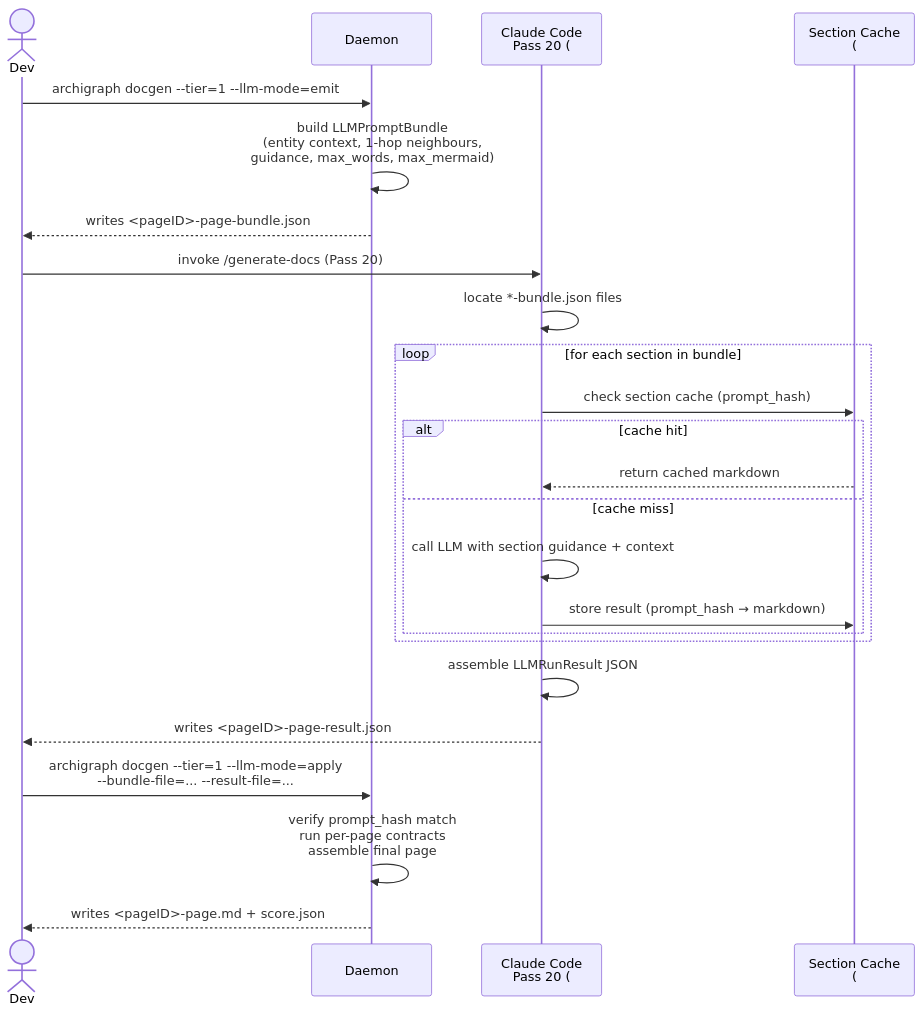
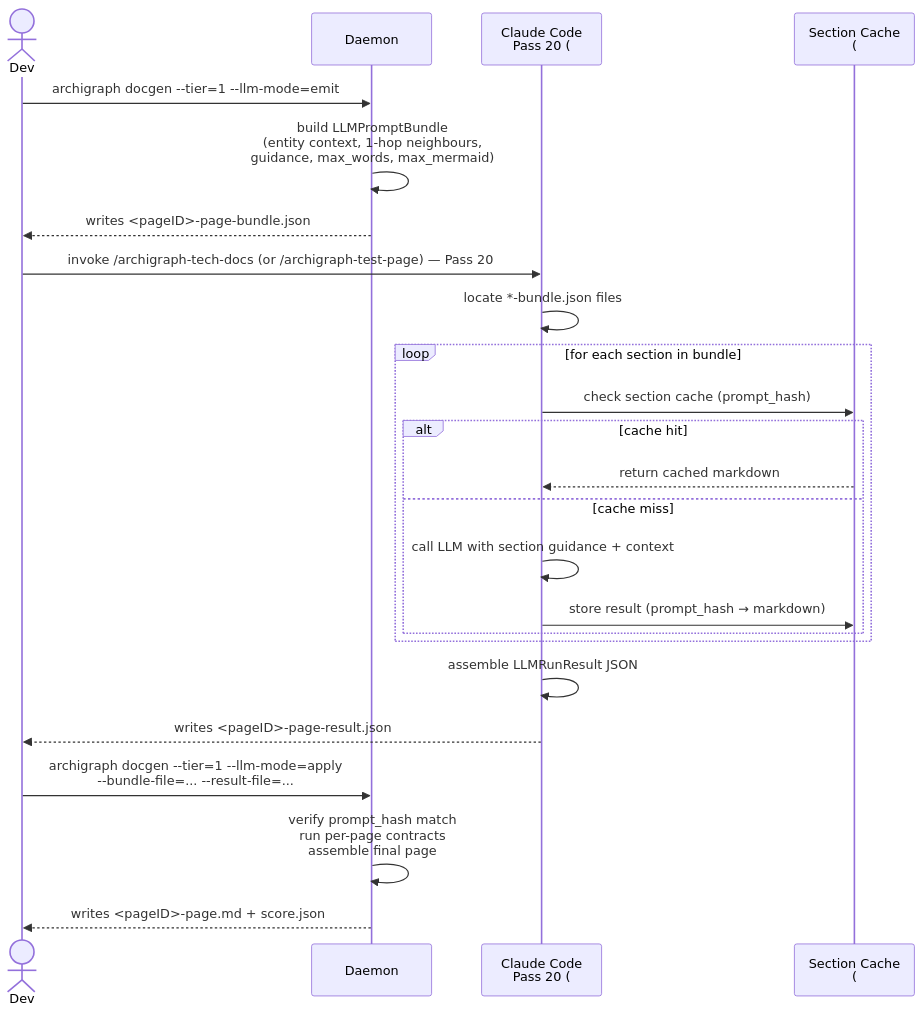
The diagram in docs/docgen-llm-mode.md (cajasmota/grafel), drawn with Mermaid before and after one commit. The commit also changed other lines of this file and 7 other files, not shown here.

````diff
--- a/docs/docgen-llm-mode.md
+++ b/docs/docgen-llm-mode.md
@@ -79,29 +80,29 @@
 ```mermaid
 sequenceDiagram
     actor Dev
     participant Daemon
     participant Skill as Claude Code<br/>Pass 20 (#1822)
     participant Cache as Section Cache<br/>(#1813 ticket E)
 
     Dev->>Daemon: archigraph docgen --tier=1 --llm-mode=emit
     Daemon->>Daemon: build LLMPromptBundle<br/>(entity context, 1-hop neighbours,<br/>guidance, max_words, max_mermaid)
     Daemon-->>Dev: writes <pageID>-page-bundle.json
 
-    Dev->>Skill: invoke /generate-docs (Pass 20)
+    Dev->>Skill: invoke /archigraph-tech-docs (or /archigraph-test-page) — Pass 20
     Skill->>Skill: locate *-bundle.json files
     loop for each section in bundle
         Skill->>Cache: check section cache (prompt_hash)
         alt cache hit
             Cache-->>Skill: return cached markdown
         else cache miss
             Skill->>Skill: call LLM with section guidance + context
             Skill->>Cache: store result (prompt_hash → markdown)
         end
     end
     Skill->>Skill: assemble LLMRunResult JSON
     Skill-->>Dev: writes <pageID>-page-result.json
 
     Dev->>Daemon: archigraph docgen --tier=1 --llm-mode=apply<br/>--bundle-file=... --result-file=...
     Daemon->>Daemon: verify prompt_hash match<br/>run per-page contracts<br/>assemble final page
     Daemon-->>Dev: writes <pageID>-page.md + score.json
 ```
````
